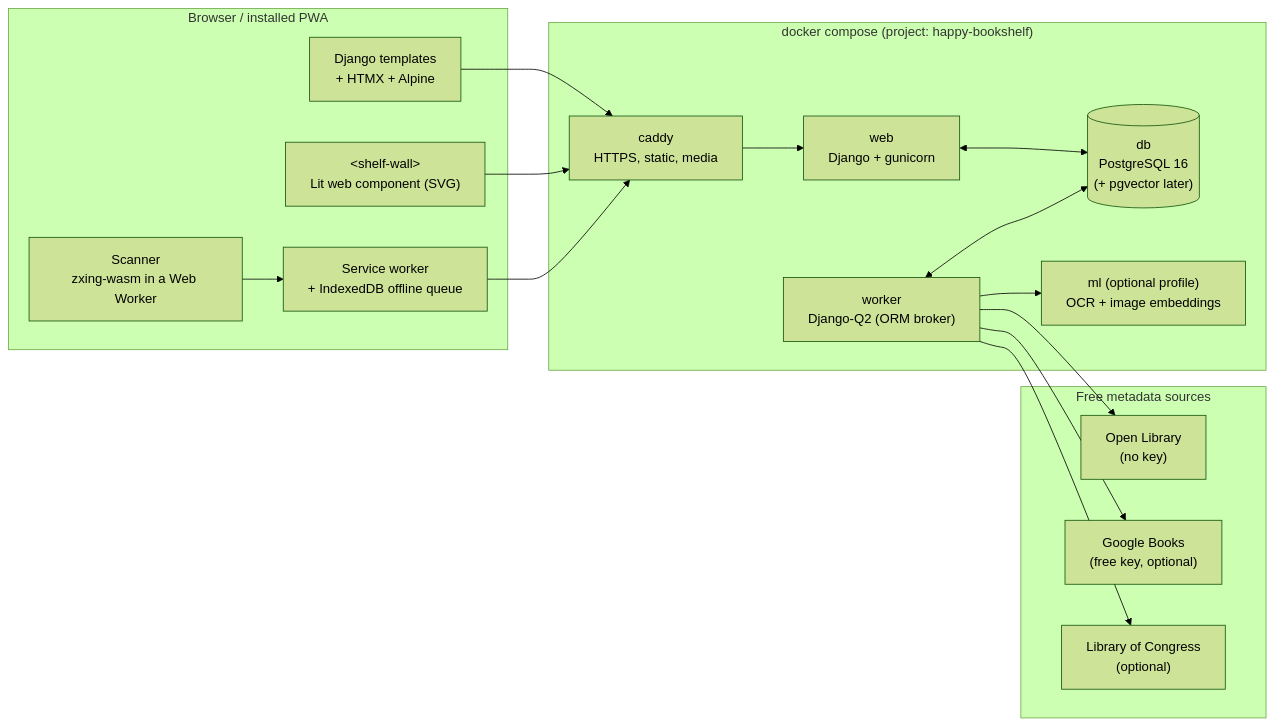
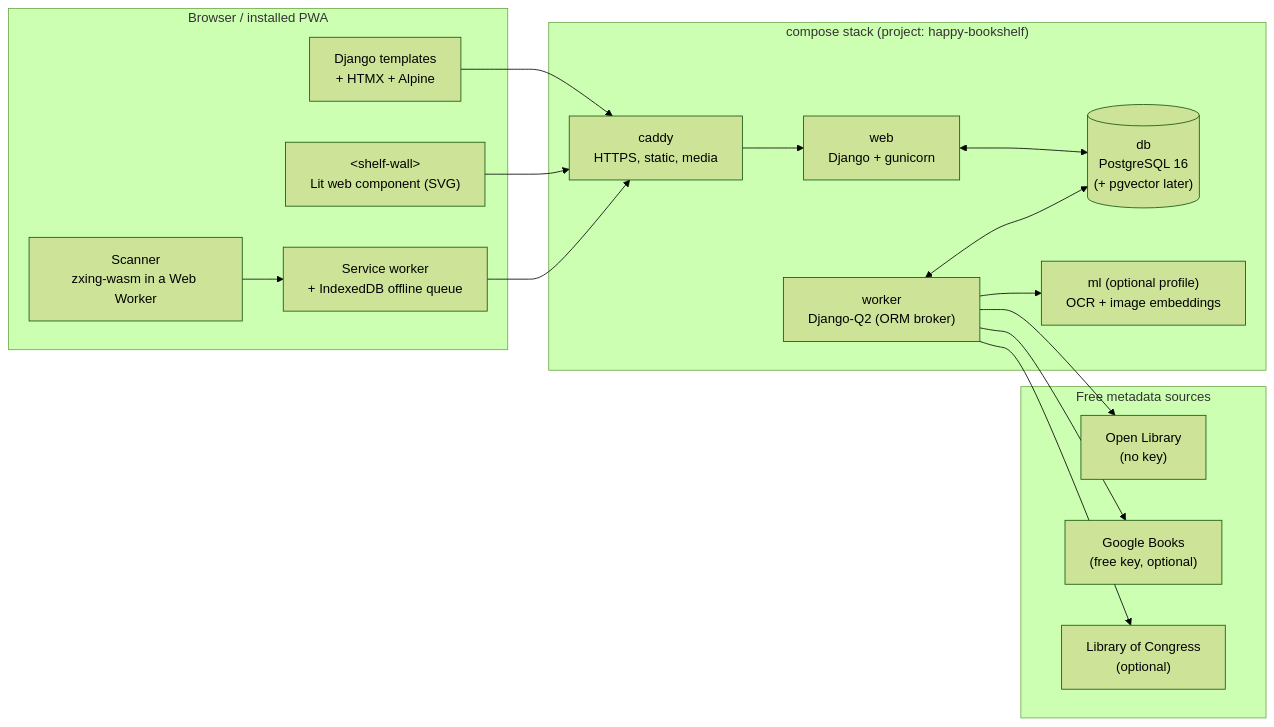
The diagram in docs/ARCHITECTURE.md (findingzen/visual-bookshelf), drawn with Mermaid (forest theme) before and after one commit. The commit also changed other lines of this file and 18 other files, not shown here.

````diff
--- a/docs/ARCHITECTURE.md
+++ b/docs/ARCHITECTURE.md
@@ -32,32 +34,32 @@
 ```mermaid
 flowchart LR
   subgraph Client["Browser / installed PWA"]
     UI["Django templates\n+ HTMX + Alpine"]
     Shelf["&lt;shelf-wall&gt;\nLit web component (SVG)"]
     Scan["Scanner\nzxing-wasm in a Web Worker"]
     SW["Service worker\n+ IndexedDB offline queue"]
   end
 
-  subgraph Compose["docker compose (project: happy-bookshelf)"]
+  subgraph Compose["compose stack (project: happy-bookshelf)"]
     Caddy["caddy\nHTTPS, static, media"]
     Web["web\nDjango + gunicorn"]
     Worker["worker\nDjango-Q2 (ORM broker)"]
     DB[("db\nPostgreSQL 16\n(+ pgvector later)")]
     ML["ml (optional profile)\nOCR + image embeddings"]
   end
 
   subgraph Sources["Free metadata sources"]
     OL["Open Library\n(no key)"]
     GB["Google Books\n(free key, optional)"]
     LOC["Library of Congress\n(optional)"]
   end
 
   UI --> Caddy
   Shelf --> Caddy
   Scan --> SW --> Caddy
   Caddy --> Web
   Web <--> DB
   Worker <--> DB
   Worker --> OL & GB & LOC
   Worker --> ML
 ```
````
